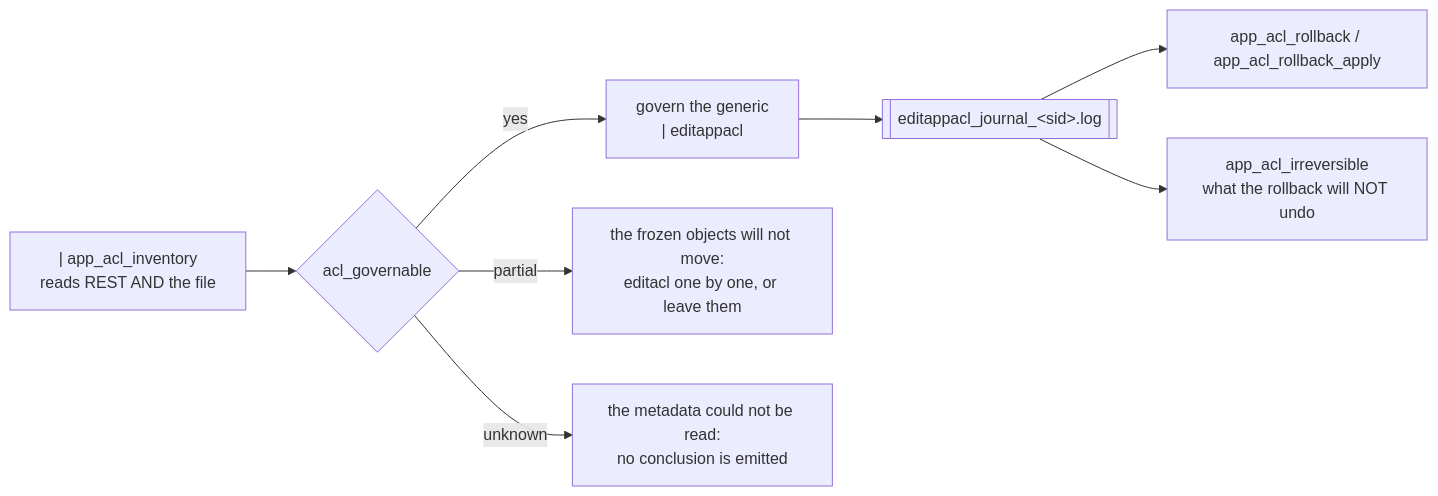
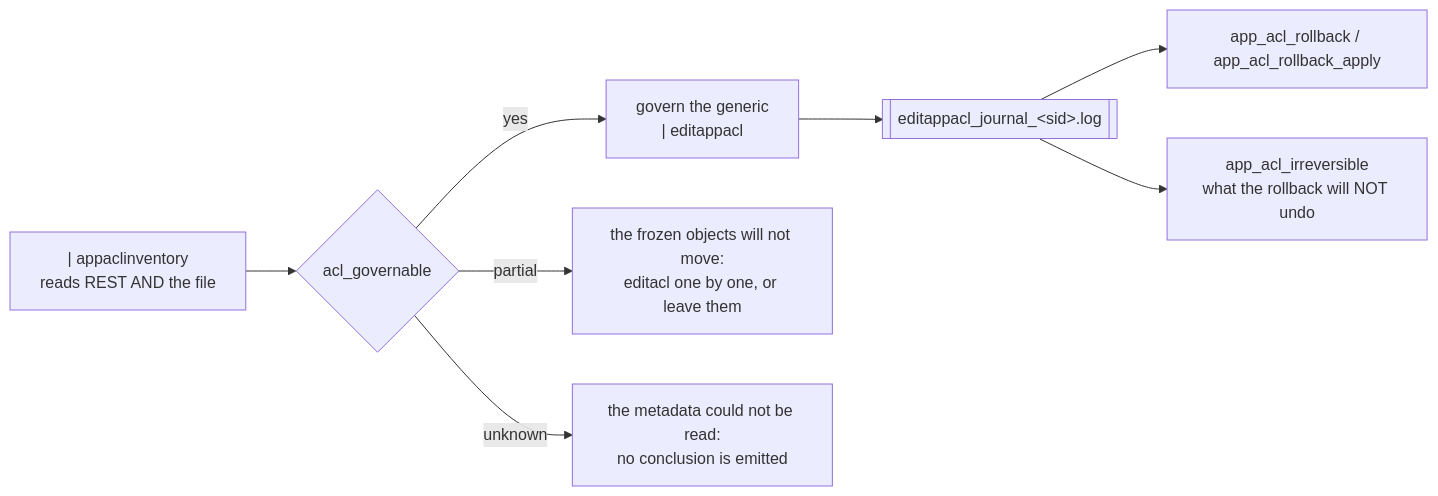
Before and after one commit to rafiki31130/SA-acl-tools: the second of 2 diagrams in README.md, drawn with Mermaid. The commit also changed other lines of this file and 20 other files, not shown here.

````diff
--- a/README.md
+++ b/README.md
@@ -295,10 +295,10 @@
 ```mermaid
 flowchart LR
-  INV["| app_acl_inventory<br/>reads REST AND the file"] --> DEC{"acl_governable"}
+  INV["| appaclinventory<br/>reads REST AND the file"] --> DEC{"acl_governable"}
   DEC -- "yes" --> GOV["govern the generic<br/>| editappacl"]
   DEC -- "partial" --> MIX["the frozen objects will not move:<br/>editacl one by one, or leave them"]
   DEC -- "unknown" --> READ["the metadata could not be read:<br/>no conclusion is emitted"]
   GOV --> WAL[["editappacl_journal_&lt;sid&gt;.log"]]
   WAL --> RB["app_acl_rollback / app_acl_rollback_apply"]
   WAL --> IRR["app_acl_irreversible<br/>what the rollback will NOT undo"]
 ```
````
